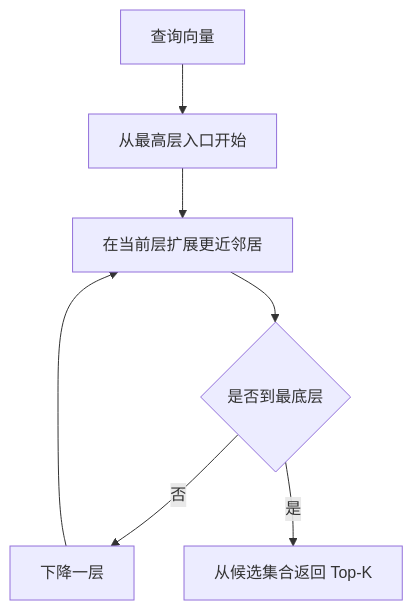
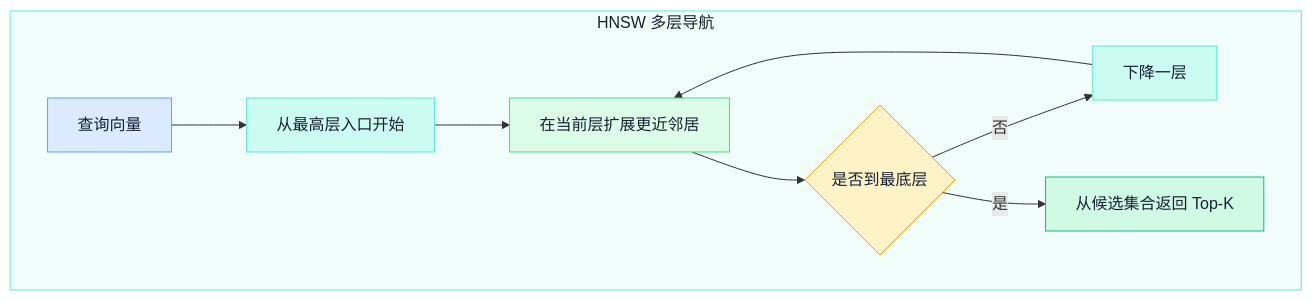
The third of 4 diagrams in backend/app/ai_notes/content/04-ai-engineering/01-rag-retrieval-engineering.md (ink-hz/AI-Agent-Platform), drawn with Mermaid before and after one commit. The commit also changed other lines of this file and 2 other files, not shown here.

````diff
--- a/backend/app/ai_notes/content/04-ai-engineering/01-rag-retrieval-engineering.md
+++ b/backend/app/ai_notes/content/04-ai-engineering/01-rag-retrieval-engineering.md
@@ -148,9 +189,23 @@
 ```mermaid
 flowchart TD
-    Q[查询向量] --> H[从最高层入口开始]
-    H --> G[在当前层扩展更近邻居]
-    G --> D{是否到最底层}
-    D -->|否| L[下降一层]
-    L --> G
-    D -->|是| K[从候选集合返回 Top-K]
+    subgraph HNSW["HNSW 多层导航"]
+        Q[查询向量] --> H[从最高层入口开始]
+        H --> G[在当前层扩展更近邻居]
+        G --> D{是否到最底层}
+        D -->|否| L[下降一层]
+        L --> G
+        D -->|是| K[从候选集合返回 Top-K]
+    end
+
+    classDef input fill:#DBEAFE,stroke:#60A5FA,color:#172033;
+    classDef data fill:#CCFBF1,stroke:#5EEAD4,color:#172033;
+    classDef policy fill:#FEF3C7,stroke:#F59E0B,color:#172033;
+    classDef tool fill:#DCFCE7,stroke:#4ADE80,color:#172033;
+    classDef success fill:#D1FAE5,stroke:#10B981,color:#172033;
+    class Q input;
+    class H,L data;
+    class G tool;
+    class D policy;
+    class K success;
+    style HNSW fill:#F0FDFA,stroke:#5EEAD4,color:#172033;
 ```
````
